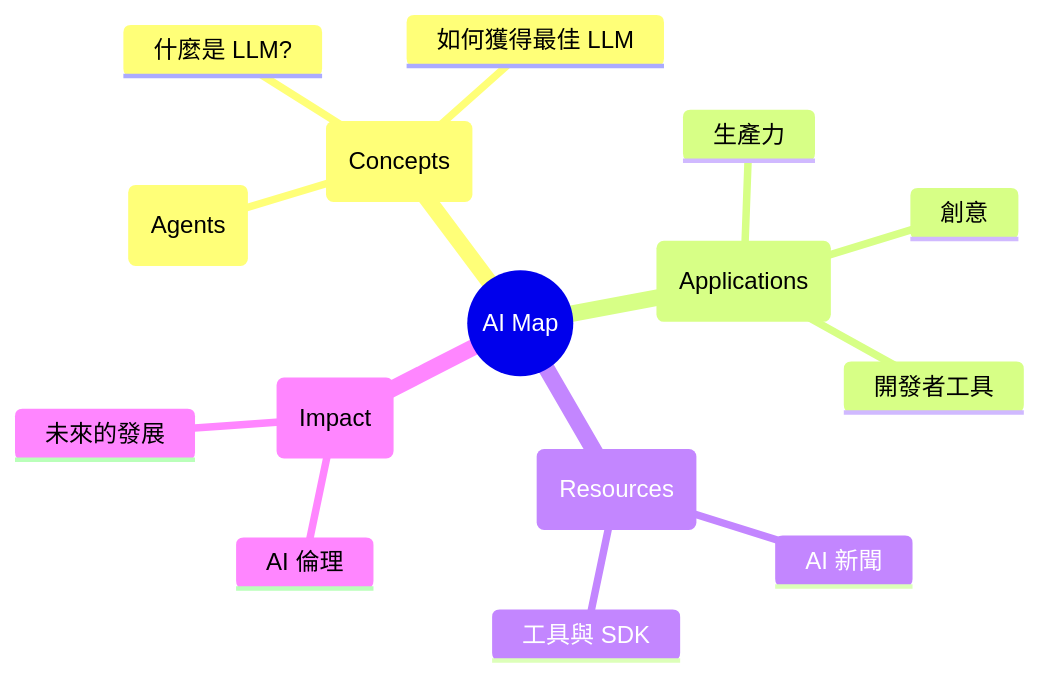
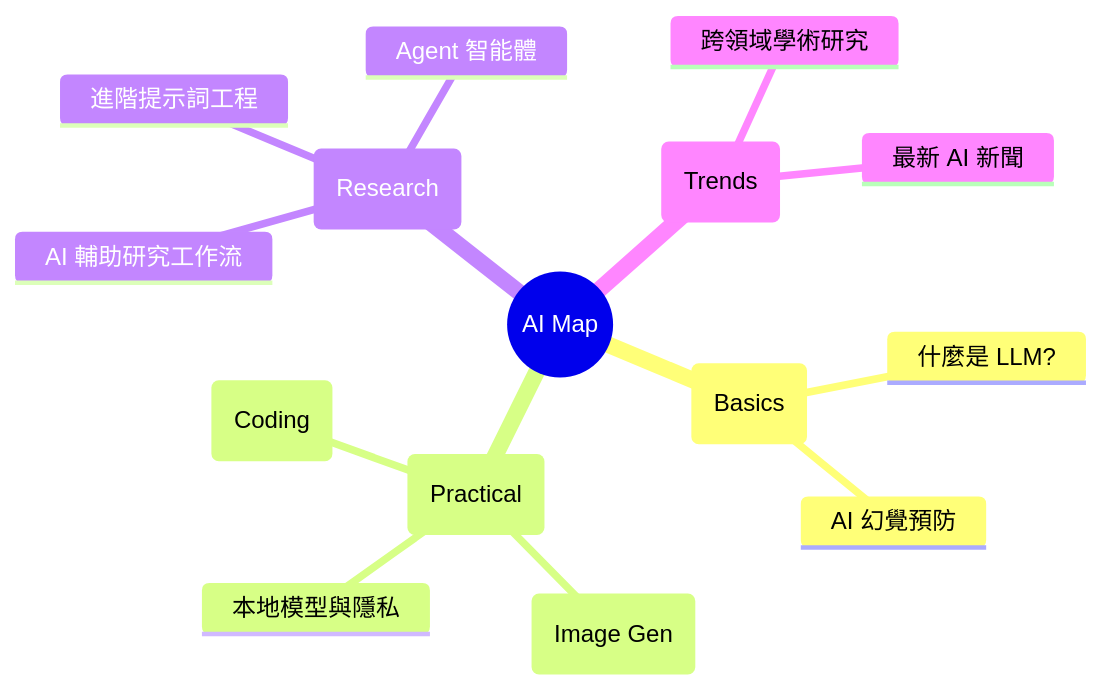
The diagram in docs/zh/index.md (ultima6-tw/ai-map), drawn with Mermaid before and after one commit. The commit also changed other lines of this file and 14 other files, not shown here.

Commit message:
feat: restructure AI Map with focus on Research, Coding, and Image Gen per user request

````diff
--- a/docs/zh/index.md
+++ b/docs/zh/index.md
@@ -7,18 +7,18 @@
 ```mermaid
 mindmap
   root((AI Map))
-    概念 (Concepts)
+    基礎 (Basics)
       什麼是 LLM?
-      如何獲得最佳 LLM
-      AI 代理 (Agents)
-    應用 (Applications)
-      生產力
-      創意
-      開發者工具
-    資源 (Resources)
-      AI 新聞
-      工具與 SDK
-    影響 (Impact)
-      AI 倫理
-      未來的發展
+      AI 幻覺預防
+    實戰 (Practical)
+      程式開發 (Coding)
+      影像生成 (Image Gen)
+      本地模型與隱私
+    科研 (Research)
+      AI 輔助研究工作流
+      進階提示詞工程
+      Agent 智能體
+    趨勢 (Trends)
+      跨領域學術研究
+      最新 AI 新聞
 ```
````
